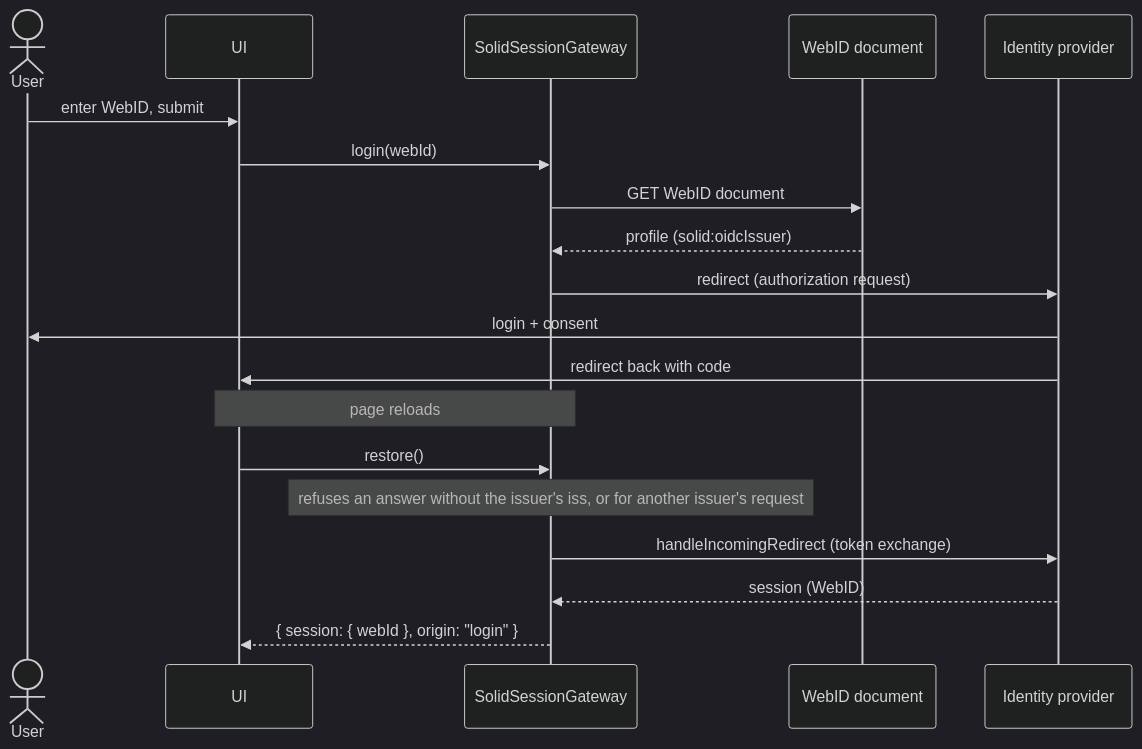
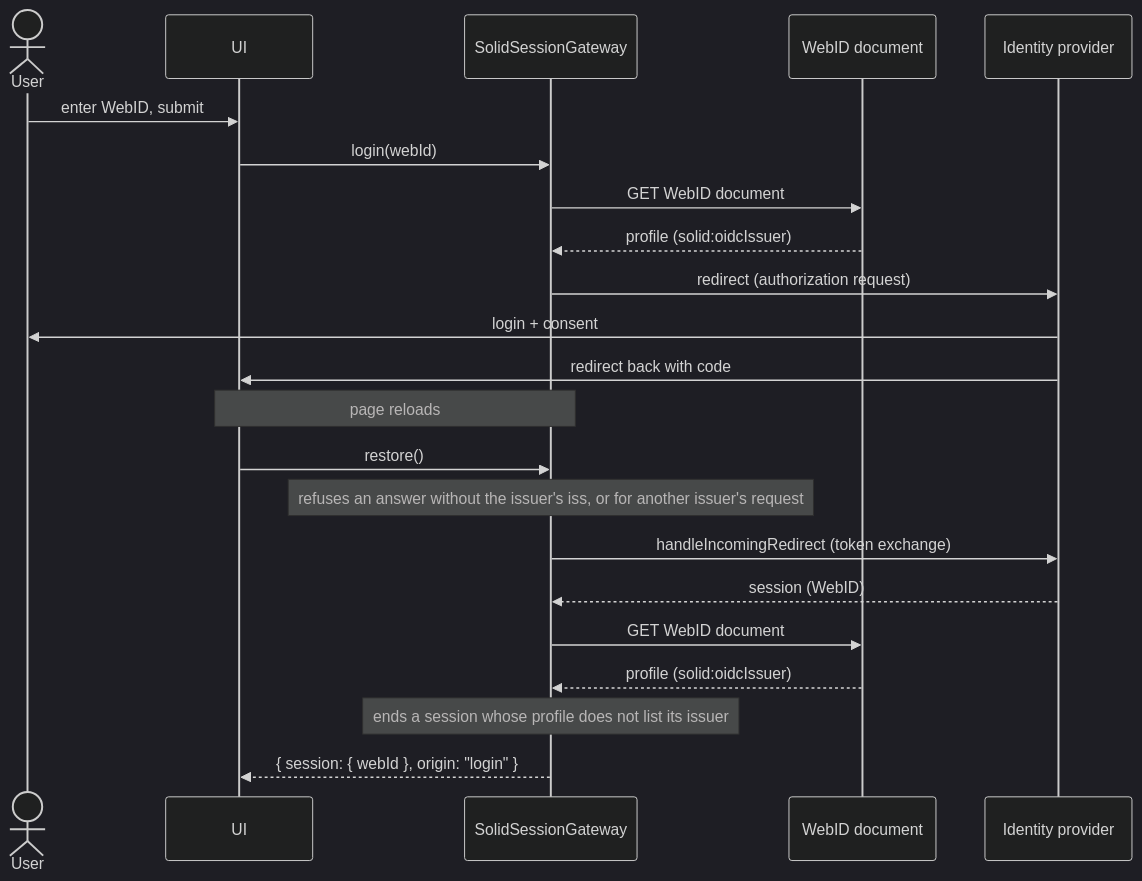
Before and after one commit to solid-memo/website: the diagram in docs/authentication.md, drawn with Mermaid (dark theme). The commit also changed other lines of this file and 17 other files, not shown here.

````diff
--- a/docs/authentication.md
+++ b/docs/authentication.md
@@ -145,24 +145,27 @@
 ```mermaid
 sequenceDiagram
     accTitle: Logging in with Solid-OIDC
-    accDescr: The user enters a WebID, the gateway finds its identity provider, the provider redirects back with a code, and the gateway exchanges the code for a session.
+    accDescr: The user enters a WebID, the gateway finds its identity provider, the provider redirects back with a code, the gateway exchanges the code for a session, and checks that the WebID's profile lists that provider.
     actor User
     participant UI
     participant Gateway as SolidSessionGateway
     participant Pod as WebID document
     participant IdP as Identity provider
 
     User->>UI: enter WebID, submit
     UI->>Gateway: login(webId)
     Gateway->>Pod: GET WebID document
     Pod-->>Gateway: profile (solid:oidcIssuer)
     Gateway->>IdP: redirect (authorization request)
     IdP->>User: login + consent
     IdP->>UI: redirect back with code
     Note over UI,Gateway: page reloads
     UI->>Gateway: restore()
     Note over Gateway: refuses an answer without the issuer's iss, or for another issuer's request
     Gateway->>IdP: handleIncomingRedirect (token exchange)
     IdP-->>Gateway: session (WebID)
+    Gateway->>Pod: GET WebID document
+    Pod-->>Gateway: profile (solid:oidcIssuer)
+    Note over Gateway: ends a session whose profile does not list its issuer
     Gateway-->>UI: { session: { webId }, origin: "login" }
 ```
````
